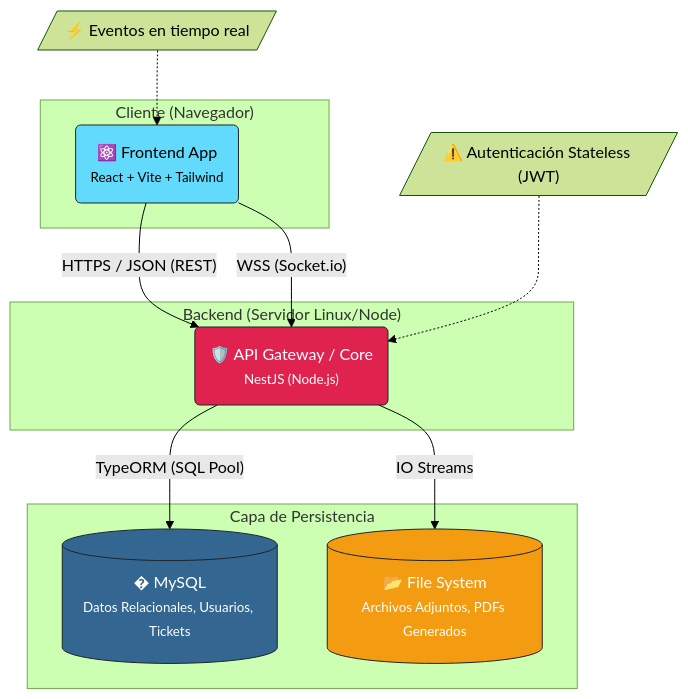
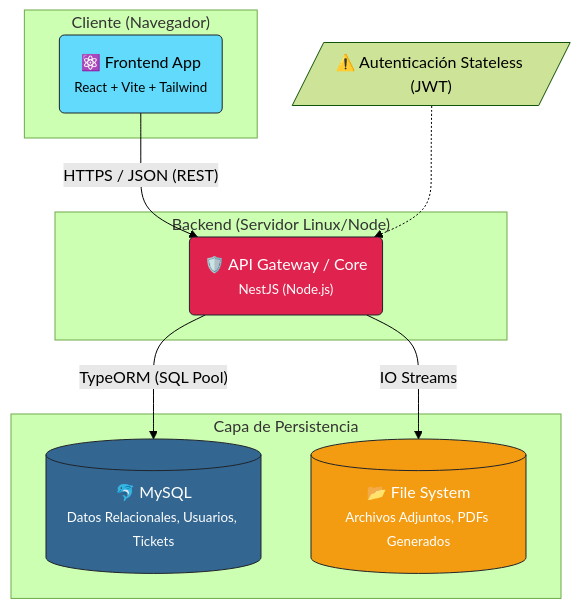
The second of 2 diagrams in docs/ARCHITECTURE.md (4lexanderpardo09/help-desk-back), drawn with Mermaid (forest theme) before and after one commit. The commit also changed other lines of this file, not shown here.

Commit message:
docs: Remove real-time features, WebSocket mentions, and external email system from architecture documentation.

````diff
--- a/docs/ARCHITECTURE.md
+++ b/docs/ARCHITECTURE.md
@@ -50,35 +48,32 @@
 ```mermaid
 graph TD
     %% Estilos
     classDef spa fill:#61dafb,stroke:#20232a,color:black,rx:5,ry:5;
     classDef api fill:#e0234e,stroke:#20232a,color:white,rx:5,ry:5;
     classDef db fill:#336791,stroke:#20232a,color:white,rx:5,ry:5;
     classDef fs fill:#f39c12,stroke:#20232a,color:white,rx:5,ry:5;
 
     subgraph "Cliente (Navegador)"
         SPA("⚛️ Frontend App<br><small>React + Vite + Tailwind</small>"):::spa
     end
 
     subgraph "Backend (Servidor Linux/Node)"
         API("🛡️ API Gateway / Core<br><small>NestJS (Node.js)</small>"):::api
     end
 
     subgraph "Capa de Persistencia"
-        DB[("� MySQL<br><small>Datos Relacionales, Usuarios, Tickets</small>")]:::db
+        DB[("🐬 MySQL<br><small>Datos Relacionales, Usuarios, Tickets</small>")]:::db
         Files[("📂 File System<br><small>Archivos Adjuntos, PDFs Generados</small>")]:::fs
     end
 
     %% Relaciones
     SPA -- "HTTPS / JSON (REST)" --> API
-    SPA -- "WSS (Socket.io)" --> API
 
     API -- "TypeORM (SQL Pool)" --> DB
     API -- "IO Streams" --> Files
 
     %% Notas de Implementación
     note1[/"⚠️ Autenticación Stateless (JWT)"/] 
-    note2[/"⚡ Eventos en tiempo real"/]
     
     note1 -.-> API
-    note2 -.-> SPA
 ```
````
